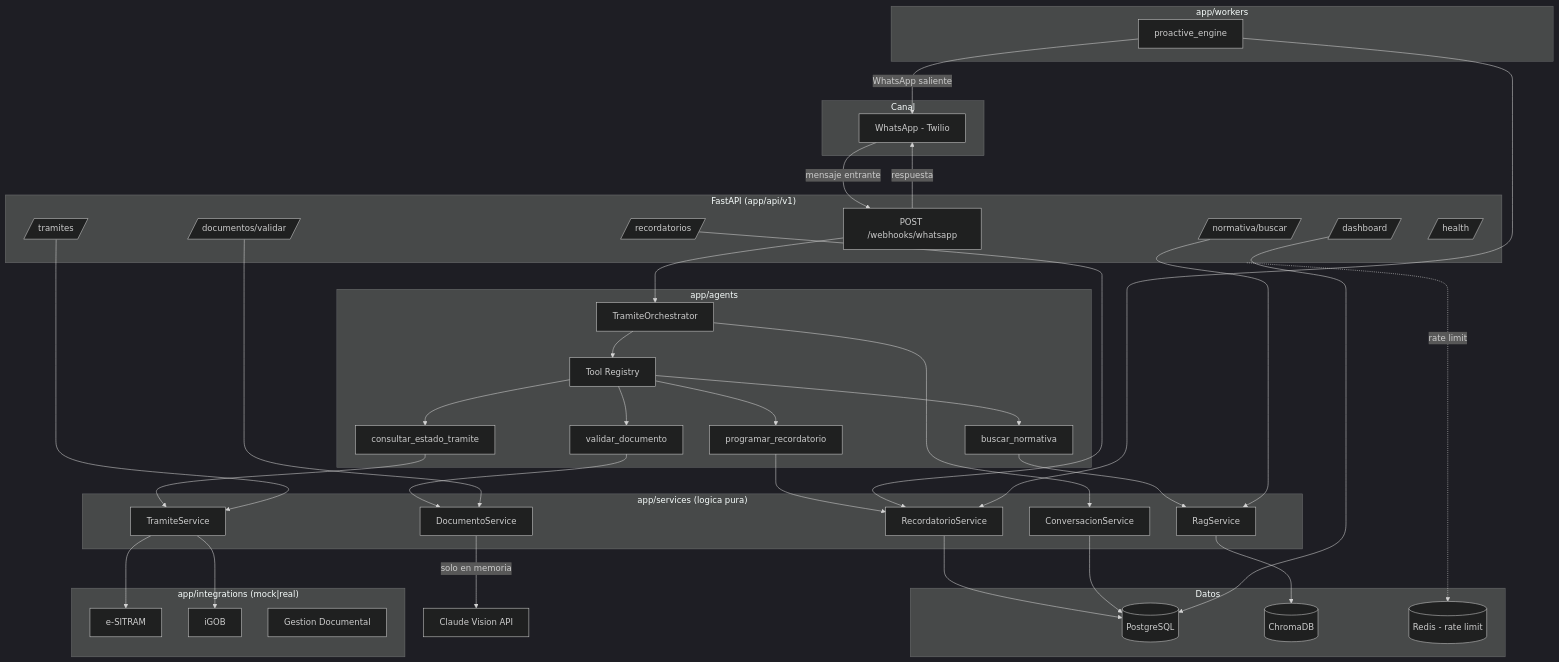
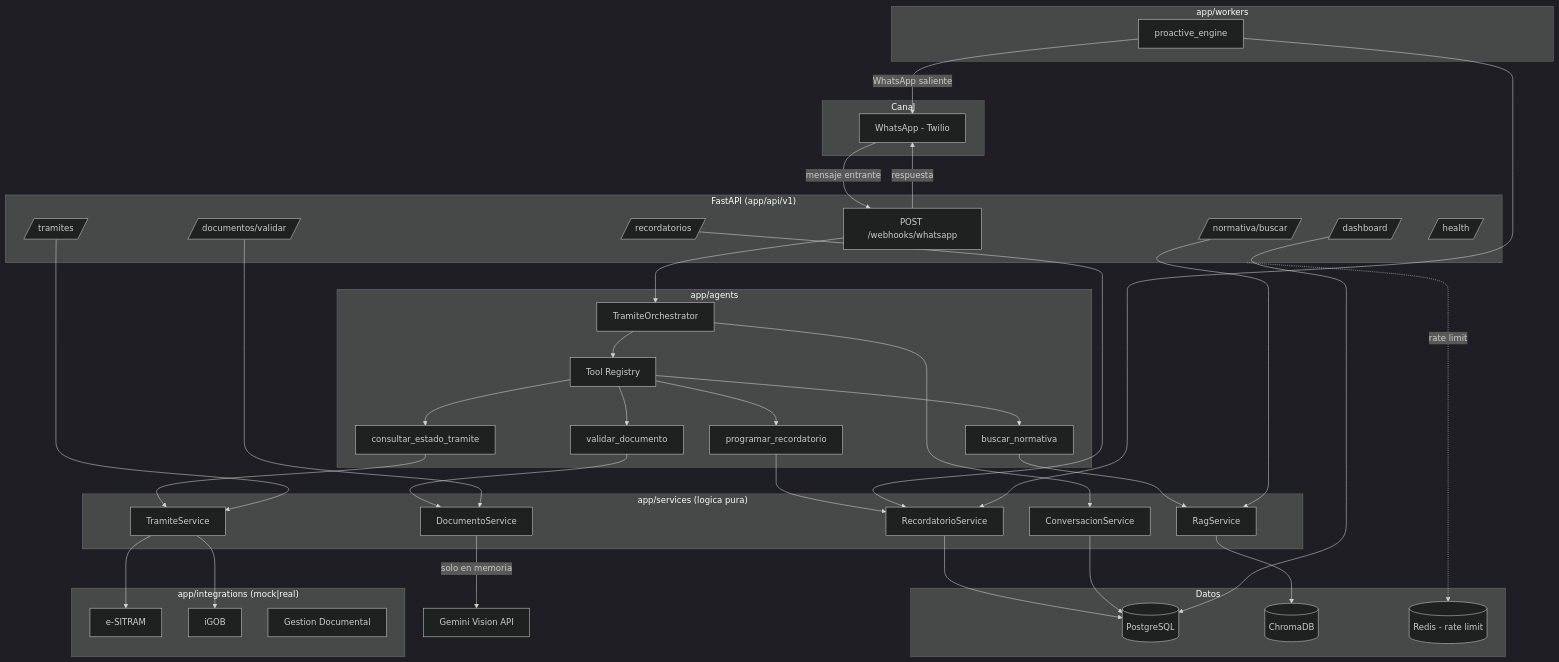
Before and after one commit to squirozs/gamlp-ami-agent-backend: the diagram in docs/arquitectura.md, drawn with Mermaid (dark theme). The commit also changed other lines of this file and 12 other files, not shown here.

````diff
--- a/docs/arquitectura.md
+++ b/docs/arquitectura.md
@@ -13,71 +13,71 @@
 ```mermaid
 flowchart TB
     subgraph Canal
         WA[WhatsApp - Twilio]
     end
 
     subgraph API["FastAPI (app/api/v1)"]
         WH[POST /webhooks/whatsapp]
         TR[/tramites/]
         DOC[/documentos/validar/]
         NORM[/normativa/buscar/]
         REC[/recordatorios/]
         DASH[/dashboard/]
         HEALTH[/health/]
     end
 
     subgraph Agente["app/agents"]
         ORCH[TramiteOrchestrator]
         REG[Tool Registry]
         T1[buscar_normativa]
         T2[consultar_estado_tramite]
         T3[validar_documento]
         T4[programar_recordatorio]
     end
 
     subgraph Servicios["app/services (logica pura)"]
         SRAG[RagService]
         STR[TramiteService]
         SDOC[DocumentoService]
         SREC[RecordatorioService]
         SCONV[ConversacionService]
     end
 
     subgraph Datos
         PG[(PostgreSQL)]
         CHROMA[(ChromaDB)]
         REDIS[(Redis - rate limit)]
     end
 
     subgraph Integraciones["app/integrations (mock|real)"]
         ESITRAM[e-SITRAM]
         IGOB[iGOB]
         GESDOC[Gestion Documental]
     end
 
     subgraph Worker["app/workers"]
         PROACTIVE[proactive_engine]
     end
 
     WA -->|mensaje entrante| WH
     WH --> ORCH
     ORCH --> REG
     REG --> T1 & T2 & T3 & T4
     T1 --> SRAG --> CHROMA
     T2 --> STR --> ESITRAM & IGOB
-    T3 --> SDOC -->|solo en memoria| ClaudeVision[Claude Vision API]
+    T3 --> SDOC -->|solo en memoria| GeminiVision[Gemini Vision API]
     T4 --> SREC --> PG
     ORCH --> SCONV --> PG
     WH -->|respuesta| WA
 
     TR --> STR
     DOC --> SDOC
     NORM --> SRAG
     REC --> SREC
     DASH --> PG
 
     PROACTIVE --> SREC
     PROACTIVE -->|WhatsApp saliente| WA
 
     API -.rate limit.-> REDIS
 ```
````
